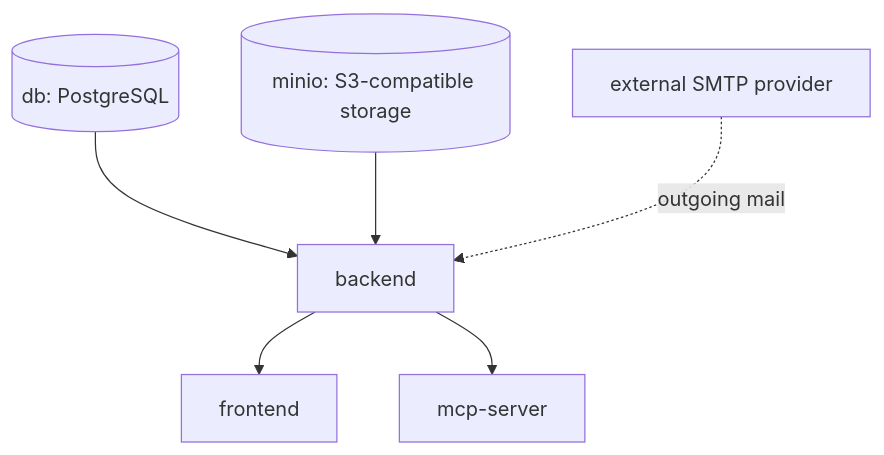
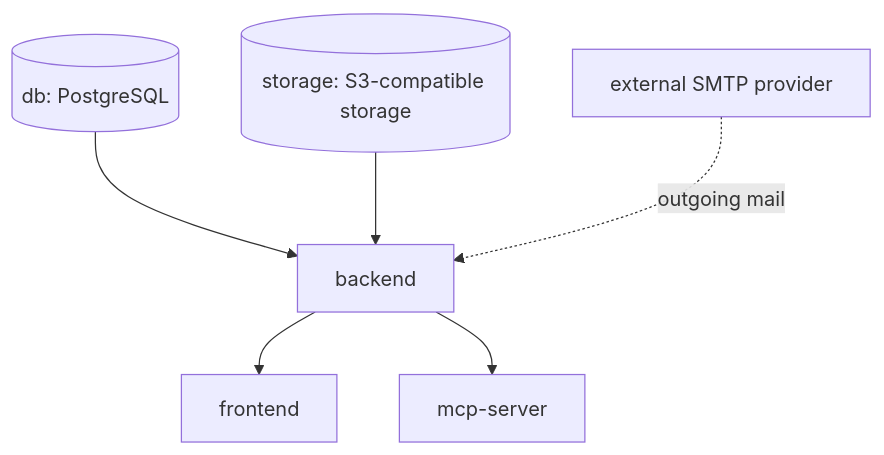
Before and after one commit to ballardr/reqtrackmanager: the diagram in docs/deployment.md, drawn with Mermaid. The commit also changed other lines of this file and 87 other files, not shown here.

````diff
--- a/docs/deployment.md
+++ b/docs/deployment.md
@@ -24,8 +24,8 @@
 ```mermaid
 flowchart TD
     DB[(db: PostgreSQL)] --> BE[backend]
-    MinIO[(minio: S3-compatible storage)] --> BE
+    Storage[(storage: S3-compatible storage)] --> BE
     BE --> FE[frontend]
     BE --> MCP[mcp-server]
     SMTP[external SMTP provider] -.->|outgoing mail| BE
 ```
````
